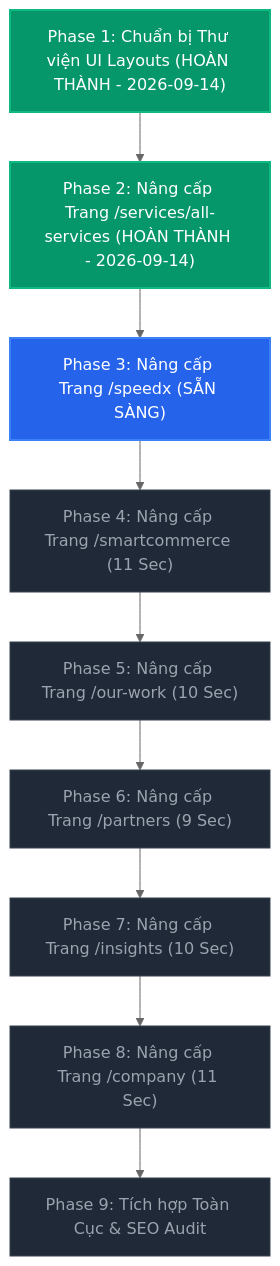
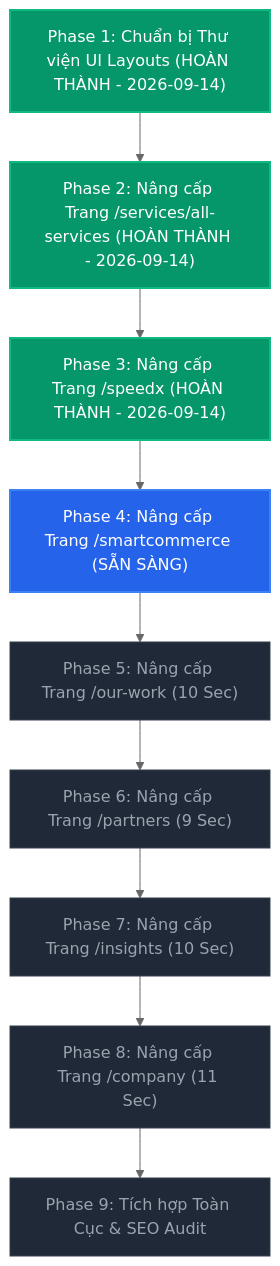
Before and after one commit to hung55410-uiuxdesign/egead-company: the diagram in docs/plans/plan.md, drawn with Mermaid (neutral theme). The commit also changed other lines of this file and 10 other files, not shown here.

````diff
--- a/docs/plans/plan.md
+++ b/docs/plans/plan.md
@@ -64,18 +64,18 @@
 ```mermaid
 flowchart TD
     classDef done fill:#059669,stroke:#10b981,stroke-width:2px,color:#ffffff;
     classDef active fill:#2563eb,stroke:#3b82f6,stroke-width:2px,color:#ffffff;
     classDef pending fill:#1f2937,stroke:#374151,stroke-width:1px,color:#9ca3af;
 
     P1["Phase 1: Chuẩn bị Thư viện UI Layouts (HOÀN THÀNH - 2026-09-14)"]:::done
     P2["Phase 2: Nâng cấp Trang /services/all-services (HOÀN THÀNH - 2026-09-14)"]:::done
-    P3["Phase 3: Nâng cấp Trang /speedx (SẴN SÀNG)"]:::active
-    P4["Phase 4: Nâng cấp Trang /smartcommerce (11 Sec)"]:::pending
+    P3["Phase 3: Nâng cấp Trang /speedx (HOÀN THÀNH - 2026-09-14)"]:::done
+    P4["Phase 4: Nâng cấp Trang /smartcommerce (SẴN SÀNG)"]:::active
     P5["Phase 5: Nâng cấp Trang /our-work (10 Sec)"]:::pending
     P6["Phase 6: Nâng cấp Trang /partners (9 Sec)"]:::pending
     P7["Phase 7: Nâng cấp Trang /insights (10 Sec)"]:::pending
     P8["Phase 8: Nâng cấp Trang /company (11 Sec)"]:::pending
     P9["Phase 9: Tích hợp Toàn Cục & SEO Audit"]:::pending
 
     P1 --> P2 --> P3 --> P4 --> P5 --> P6 --> P7 --> P8 --> P9
 ```
````
